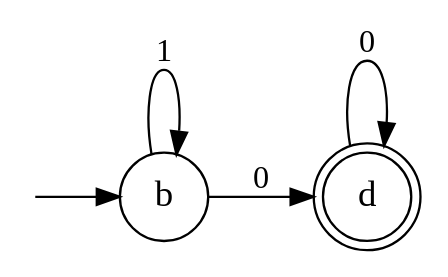
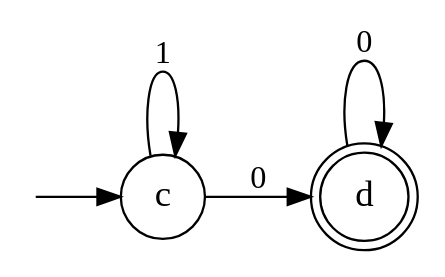
Before and after one commit to amowy/automaton: the diagram in resources/auto2_minimized.dot, drawn with Graphviz. The commit also changed 4 other files, not shown here.

```diff
--- a/resources/auto2_minimized.dot
+++ b/resources/auto2_minimized.dot
@@ -1,16 +1,16 @@
 digraph G {
     ranksep=0.5;
     nodesep=0.5;
     rankdir=LR;
     node [shape="circle", fontsize="16"];
     fontsize="10";
     compound=true;
 
-    ib [shape=point, style=invis];
+    ic [shape=point, style=invis];
     d [shape=doublecircle];
 
-    ib -> b;
-    b -> d [label="0"];
+    ic -> c;
+    c -> d [label="0"];
+    c -> c [label="1"];
     d -> d [label="0"];
-    b -> b [label="1"];
 }
```
